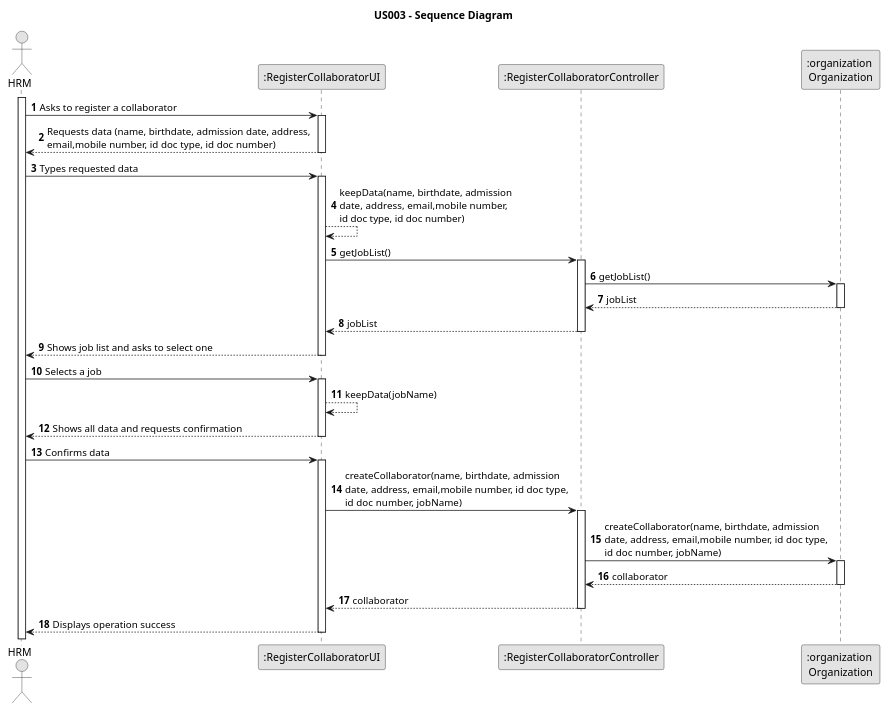
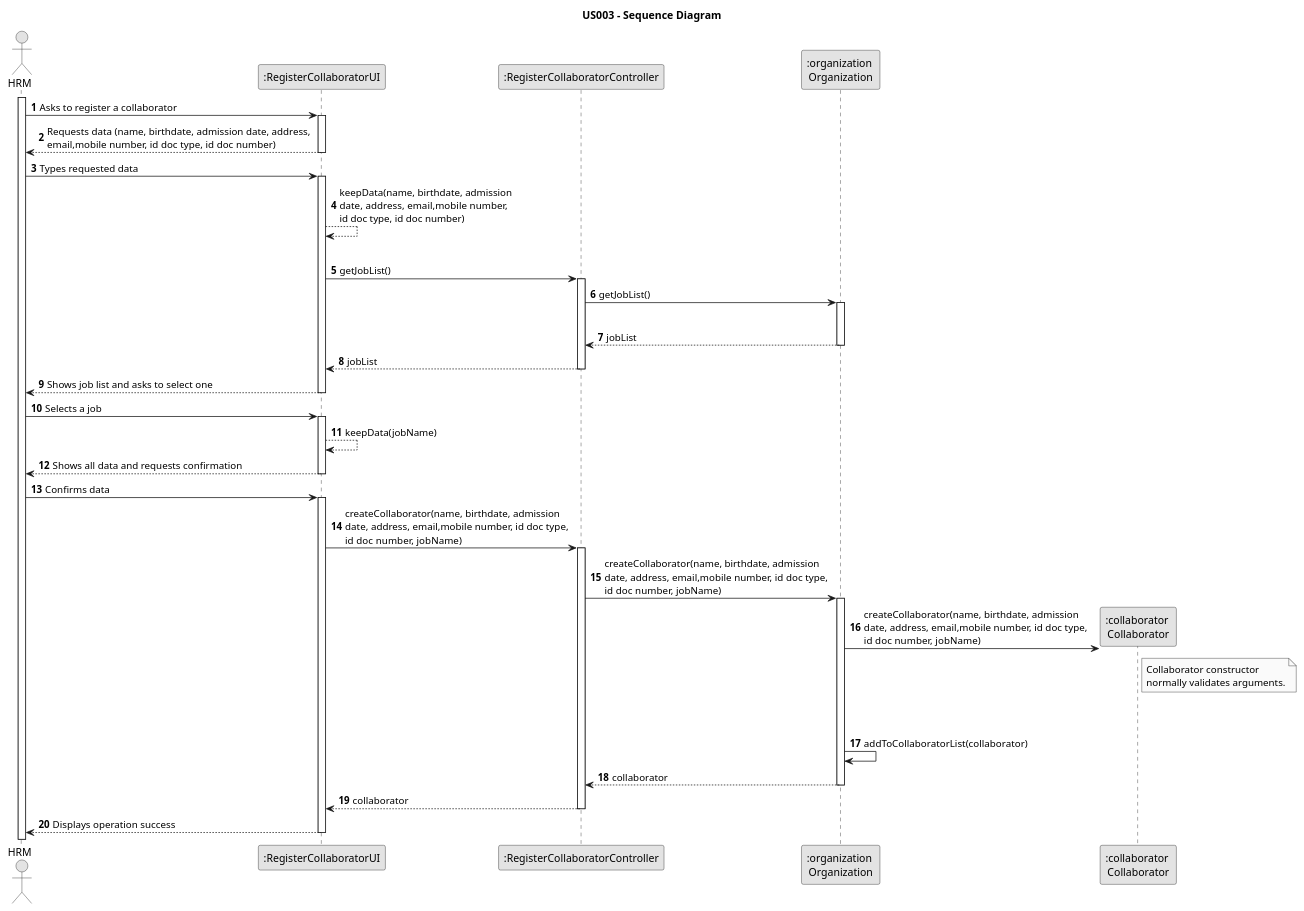
Before and after one commit to Rui-San/LAPR2_2023_2024: the diagram in docs/sprintB/us003/03.design/puml/us003-sequence-diagram.puml, drawn with PlantUML.

Commit message:
US003 Design: Changes on Sequence Diagram (added the interaction to the Collaborator contructor and addColaborator to the list of collaborators

```diff
--- a/docs/sprintB/us003/03.design/puml/us003-sequence-diagram.puml
+++ b/docs/sprintB/us003/03.design/puml/us003-sequence-diagram.puml
@@ -1,76 +1,83 @@
 @startuml
 skinparam monochrome true
 skinparam packageStyle rectangle
 skinparam shadowing false
 
 title US003 - Sequence Diagram
 
 autonumber
 
 actor "HRM" as HRM
 participant ":RegisterCollaboratorUI" as UI
 participant ":RegisterCollaboratorController" as CTRL
 participant ":organization \nOrganization" as ORG
+participant ":collaborator \nCollaborator" as COL
 
 activate HRM
 
     HRM -> UI : Asks to register a collaborator
 
     activate UI
 
         UI --> HRM : Requests data (name, birthdate, admission date, address, \nemail,mobile number, id doc type, id doc number)
     deactivate UI
 
     HRM -> UI : Types requested data
 
     activate UI
         UI --> UI : keepData(name, birthdate, admission\ndate, address, email,mobile number,\nid doc type, id doc number)
-
+        |||
         UI -> CTRL : getJobList()
 
 
         activate CTRL
 
             CTRL -> ORG : getJobList()
+|||
 
             activate ORG
 
             ORG --> CTRL : jobList
             deactivate ORG
 
             CTRL --> UI : jobList
         deactivate CTRL
 
         UI --> HRM : Shows job list and asks to select one
     deactivate UI
 
     HRM -> UI : Selects a job
 
     activate UI
 
         UI --> UI : keepData(jobName)
         UI --> HRM : Shows all data and requests confirmation
     deactivate UI
 
     HRM -> UI : Confirms data
 
     activate UI
 
         UI -> CTRL : createCollaborator(name, birthdate, admission\ndate, address, email,mobile number, id doc type,\nid doc number, jobName)
         activate CTRL
 
             CTRL -> ORG : createCollaborator(name, birthdate, admission\ndate, address, email,mobile number, id doc type,\nid doc number, jobName)
             activate ORG
 
+                ORG -> COL** : createCollaborator(name, birthdate, admission\ndate, address, email,mobile number, id doc type,\nid doc number, jobName)
+                note right of COL : Collaborator constructor\nnormally validates arguments.
+                |||
+                |||
+                ORG -> ORG : addToCollaboratorList(collaborator)
                 ORG --> CTRL : collaborator
             deactivate ORG
 
             CTRL --> UI : collaborator
         deactivate CTRL
 
         UI --> HRM : Displays operation success
     deactivate UI
 
 
 
 @enduml
```
